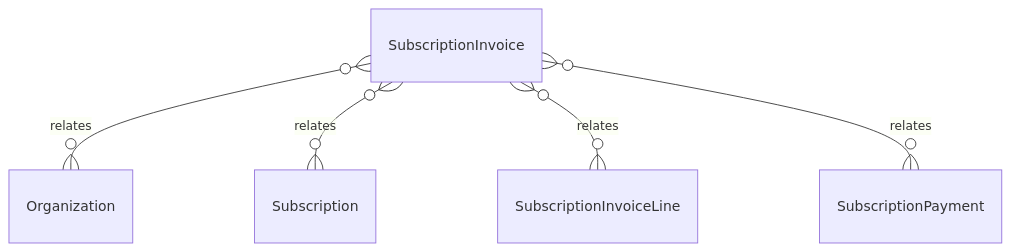
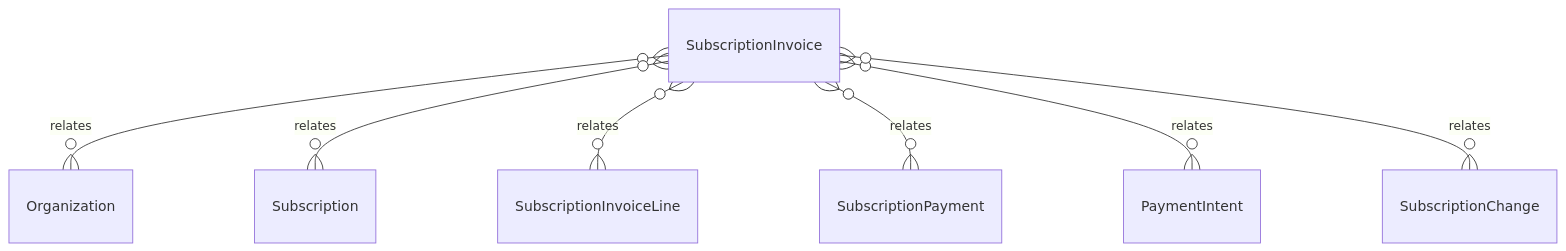
Before and after one commit to tejasnirala/rcln: the diagram in .kb/Database/SubscriptionInvoice.md, drawn with Mermaid. The commit also changed other lines of this file and 274 other files, not shown here.

````diff
--- a/.kb/Database/SubscriptionInvoice.md
+++ b/.kb/Database/SubscriptionInvoice.md
@@ -48,7 +61,9 @@
 ```mermaid
 erDiagram
     SubscriptionInvoice }o--o{ Organization : relates
     SubscriptionInvoice }o--o{ Subscription : relates
     SubscriptionInvoice }o--o{ SubscriptionInvoiceLine : relates
     SubscriptionInvoice }o--o{ SubscriptionPayment : relates
+    SubscriptionInvoice }o--o{ PaymentIntent : relates
+    SubscriptionInvoice }o--o{ SubscriptionChange : relates
 ```
````
